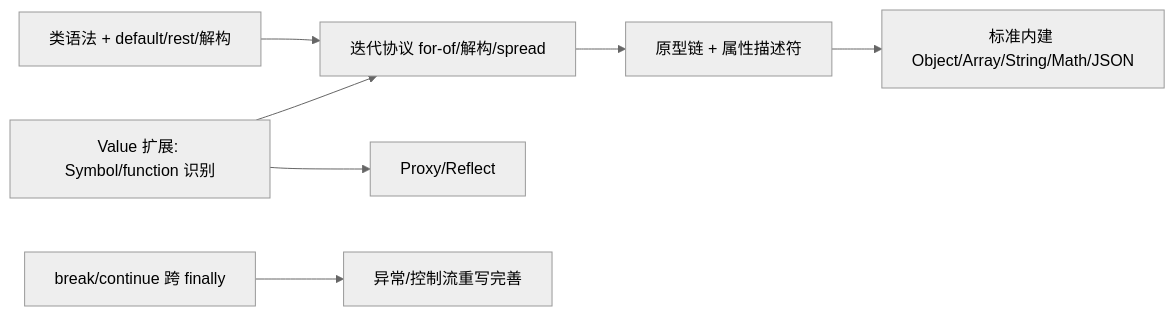
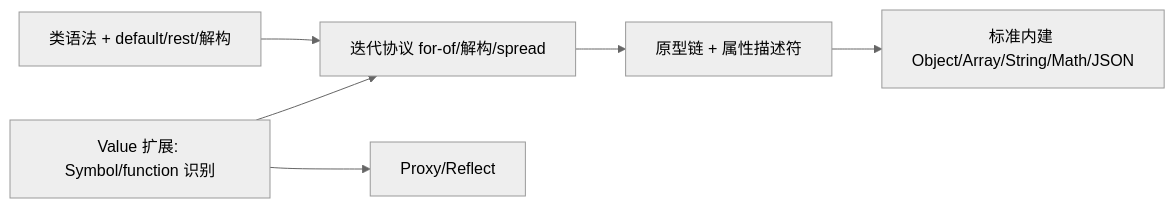
Before and after one commit to codehz/yield-js: the diagram in docs/gaps.md, drawn with Mermaid (neutral theme). The commit also changed other lines of this file and 9 other files, not shown here.

Commit message:
compiler: allow break and continue to cross finally blocks

````diff
--- a/docs/gaps.md
+++ b/docs/gaps.md
@@ -71,9 +70,8 @@
 ```mermaid
 flowchart LR
   A[Value 扩展: Symbol/function 识别] --> B[迭代协议 for-of/解构/spread]
   B --> C[原型链 + 属性描述符]
   C --> D[标准内建 Object/Array/String/Math/JSON]
   A --> E[Proxy/Reflect]
   F[类语法 + default/rest/解构] --> B
-  G[break/continue 跨 finally] --> H[异常/控制流重写完善]
 ```
````
